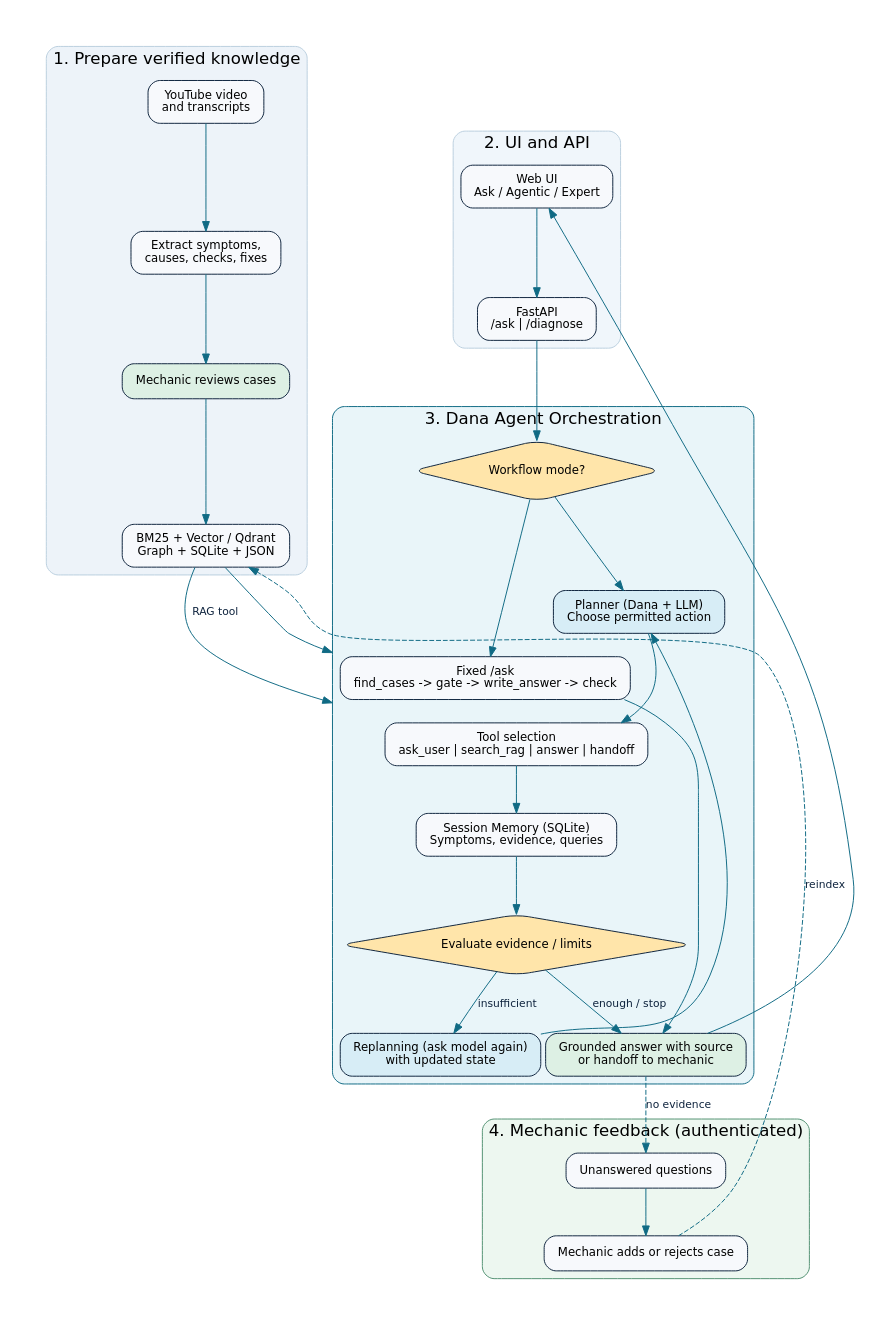
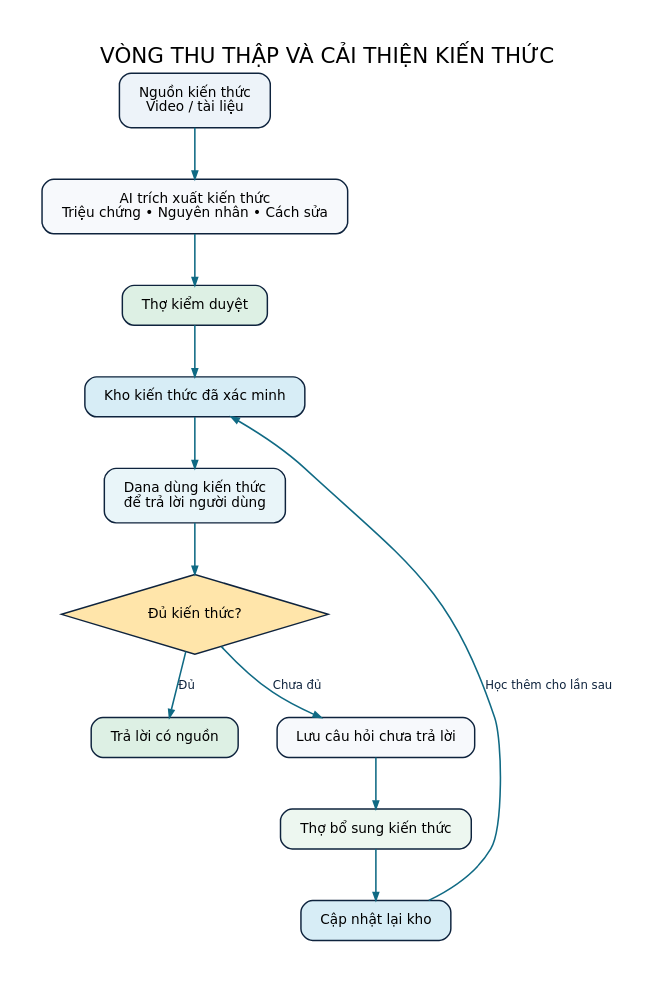
The diagram in dxa-automative-agent_dana/docs/pipeline.dot (ydangishere/dev-projects), drawn with Graphviz before and after one commit. The commit also changed 1 other file, not shown here.

Commit message:
docs(dxa): simplify knowledge improvement loop

```diff
--- a/dxa-automative-agent_dana/docs/pipeline.dot
+++ b/dxa-automative-agent_dana/docs/pipeline.dot
@@ -1,54 +1,52 @@
-// DXA Dana — 2 workflows: /ask (fixed) and /diagnose (bounded Agentic).
+// DXA Dana — simple knowledge collection and improvement loop.
 // Render: dot -Tpng -Gdpi=160 docs/pipeline.dot -o docs/pipeline.png
 digraph DXA {
-  graph [rankdir=TB, bgcolor="white", fontname="DejaVu Sans", fontsize=17, nodesep=.48, ranksep=.65, pad=.45, compound=true];
-  node [fontname="DejaVu Sans", fontsize=12, shape=box, style="rounded,filled", fillcolor="#F7F9FC", color="#0E233D", margin=".2,.13"];
-  edge [fontname="DejaVu Sans", fontsize=11, color="#106A84", fontcolor="#0E233D"];
+  graph [
+    rankdir=TB,
+    bgcolor="white",
+    fontname="DejaVu Sans",
+    fontsize=22,
+    labelloc="t",
+    label="VÒNG THU THẬP VÀ CẢI THIỆN KIẾN THỨC",
+    nodesep=.55,
+    ranksep=.72,
+    pad=.5
+  ];
 
-  subgraph cluster_kb {
-    label="1. Prepare verified knowledge"; style="rounded,filled"; fillcolor="#EDF3F9"; color="#BBCFDF";
-    VIDEO [label="YouTube video\nand transcripts"];
-    EXTRACT [label="Extract symptoms,\ncauses, checks, fixes"];
-    REVIEW [label="Mechanic reviews cases", fillcolor="#DDF0E4"];
-    INDEX [label="BM25 + Vector / Qdrant\nGraph + SQLite + JSON"];
-    VIDEO -> EXTRACT -> REVIEW -> INDEX;
-  }
+  node [
+    fontname="DejaVu Sans",
+    fontsize=14,
+    shape=box,
+    style="rounded,filled",
+    fillcolor="#F7F9FC",
+    color="#0E233D",
+    penwidth=1.5,
+    margin=".28,.18"
+  ];
 
-  subgraph cluster_ui {
-    label="2. UI and API"; style="rounded,filled"; fillcolor="#F0F6FB"; color="#BBCFDF";
-    UI [label="Web UI\nAsk / Agentic / Expert"];
-    API [label="FastAPI\n/ask | /diagnose"];
-    UI -> API;
-  }
+  edge [
+    fontname="DejaVu Sans",
+    fontsize=12,
+    color="#106A84",
+    fontcolor="#0E233D",
+    penwidth=1.6,
+    arrowsize=.8
+  ];
 
-  subgraph cluster_dana {
-    label="3. Dana Agent Orchestration"; style="rounded,filled"; fillcolor="#E9F5F9"; color="#106A84";
-    MODE [label="Workflow mode?",shape=diamond, fillcolor="#FFE5AA"];
-    CLASSIC [label="Fixed /ask\nfind_cases -> gate -> write_answer -> check"];
-    PLAN [label="Planner (Dana + LLM)\nChoose permitted action", fillcolor="#D7EDF6"];
-    TOOL [label="Tool selection\nask_user | search_rag | answer | handoff"];
-    MEMORY [label="Session Memory (SQLite)\nSymptoms, evidence, queries"];
-    EVAL [label="Evaluate evidence / limits",shape=diamond,fillcolor="#FFE5AA"];
-    REPLAN [label="Replanning (ask model again)\nwith updated state",fillcolor="#D7EDF6"];
-    FINAL [label="Grounded answer with source\nor handoff to mechanic", fillcolor="#DDF0E4"];
-    MODE -> CLASSIC -> FINAL;
-    MODE -> PLAN -> TOOL -> MEMORY -> EVAL;
-    EVAL -> REPLAN [label="insufficient"];
-    REPLAN -> PLAN [constraint=false];
-    EVAL -> FINAL [label="enough / stop"];
-  }
+  SOURCE [label="Nguồn kiến thức\nVideo / tài liệu", fillcolor="#EDF3F9"];
+  EXTRACT [label="AI trích xuất kiến thức\nTriệu chứng • Nguyên nhân • Cách sửa"];
+  REVIEW [label="Thợ kiểm duyệt", fillcolor="#DDF0E4"];
+  STORE [label="Kho kiến thức đã xác minh", fillcolor="#D7EDF6"];
+  DANA [label="Dana dùng kiến thức\nđể trả lời người dùng", fillcolor="#E9F5F9"];
+  CHECK [label="Đủ kiến thức?", shape=diamond, style="filled", fillcolor="#FFE5AA"];
+  ANSWER [label="Trả lời có nguồn", fillcolor="#DDF0E4"];
+  PENDING [label="Lưu câu hỏi chưa trả lời"];
+  ADD [label="Thợ bổ sung kiến thức", fillcolor="#EDF7F0"];
+  UPDATE [label="Cập nhật lại kho", fillcolor="#D7EDF6"];
 
-  subgraph cluster_expert {
-    label="4. Mechanic feedback (authenticated)"; style="rounded,filled"; fillcolor="#EDF7F0"; color="#539173";
-    PENDING [label="Unanswered questions"];
-    ADD [label="Mechanic adds or rejects case"];
-    PENDING -> ADD;
-  }
-
-  INDEX -> CLASSIC [lhead=cluster_dana];
-  INDEX -> TOOL [label="RAG tool", lhead=cluster_dana];
-  API -> MODE;
-  FINAL -> UI [constraint=false];
-  FINAL -> PENDING [style=dashed, label="no evidence"];
-  ADD -> INDEX [style=dashed, label="reindex", constraint=false];
+  SOURCE -> EXTRACT -> REVIEW -> STORE -> DANA -> CHECK;
+  CHECK -> ANSWER [label="Đủ"];
+  CHECK -> PENDING [label="Chưa đủ"];
+  PENDING -> ADD -> UPDATE;
+  UPDATE -> STORE [label="Học thêm cho lần sau", constraint=false];
 }
```
